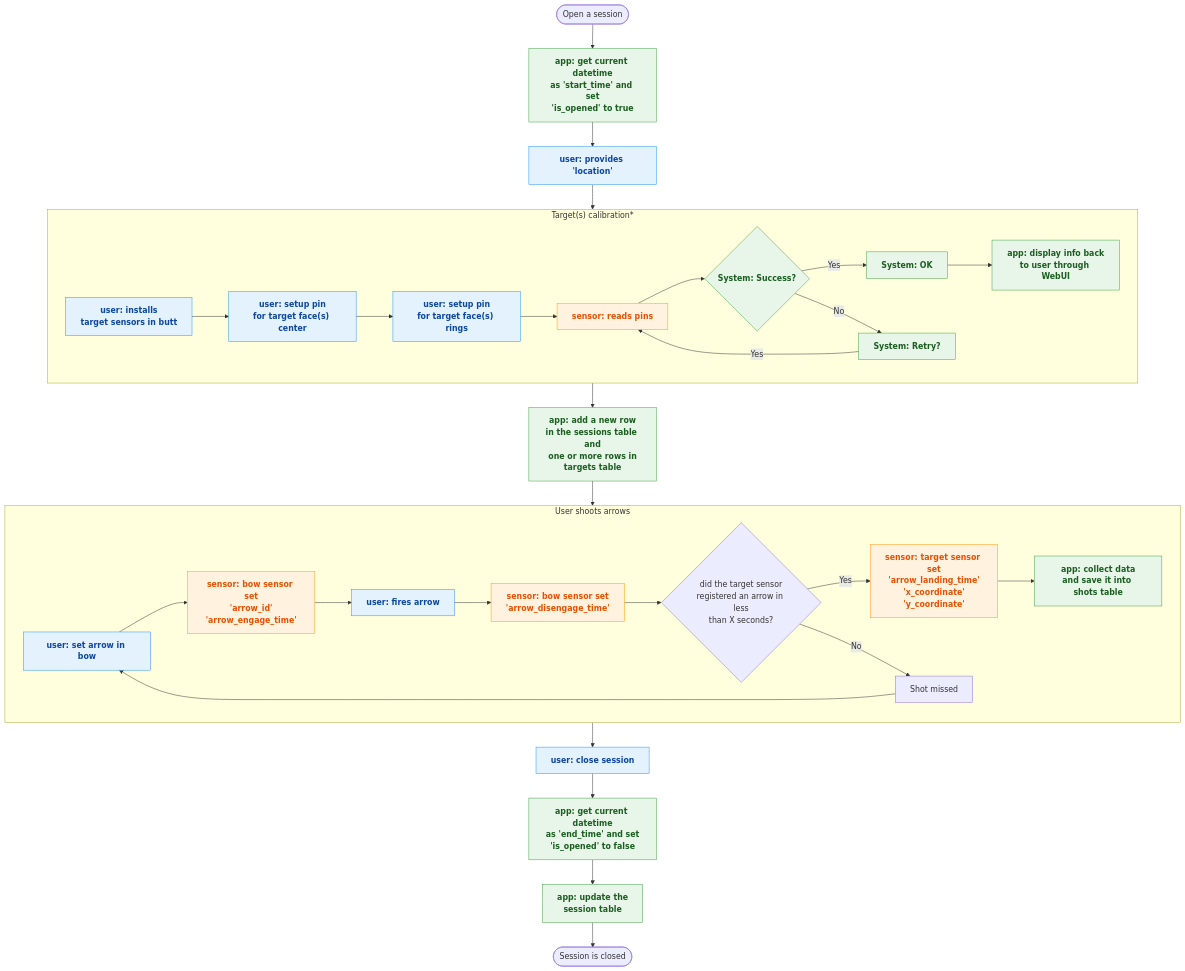
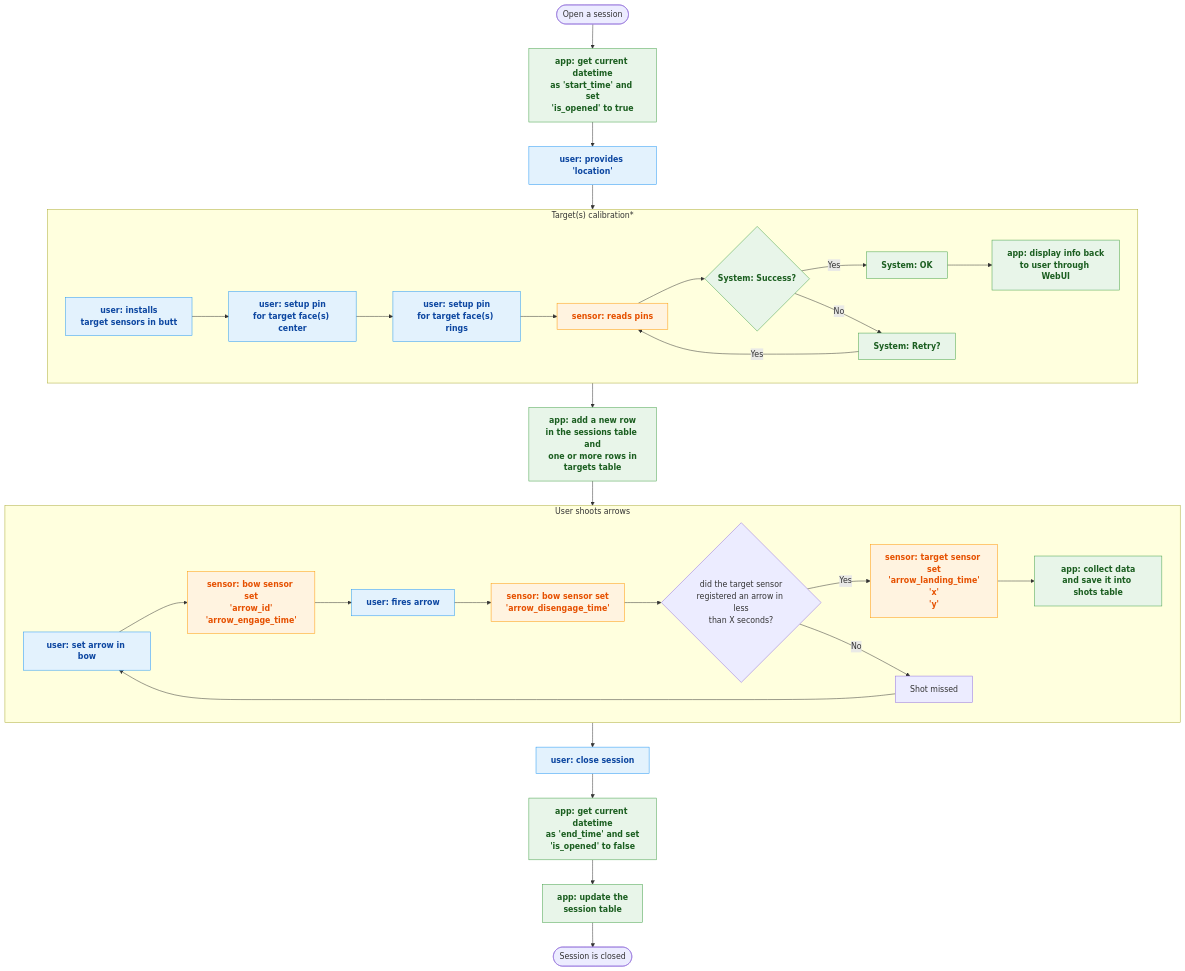
Before and after one commit to jpmolinamatute/arch-stats: the second of 2 diagrams in README.md, drawn with Mermaid. The commit also changed other lines of this file and 109 other files, not shown here.

````diff
--- a/README.md
+++ b/README.md
@@ -150,68 +150,68 @@
 ```mermaid
     flowchart TB
     classDef user fill:#e3f2fd,stroke:#2196f3,color:#0d47a1,font-weight:bold;
     classDef app fill:#e8f5e9,stroke:#43a047,color:#1b5e20,font-weight:bold;
     classDef sensor fill:#fff3e0,stroke:#ff9800,color:#e65100,font-weight:bold;
     classDef subgraphStyle fill:#f9f9f9,stroke:#cccccc,color:#444;
 
     START(["Open a session"])
     S1["app: get current datetime<br />as 'start_time' and set<br />'is_opened' to true"]:::app
     U1["user: provides 'location'"]:::user
 
     S2["app: add a new row<br />in the sessions table and<br />one or more rows in<br />targets table"]:::app
     U4["user: close session"]:::user
     S3["app: get current datetime<br />as 'end_time' and set<br />'is_opened' to false"]:::app
     S4["app: update the<br />session table"]:::app
     ENDS(["Session is closed"])
 
     subgraph TARGET_CALIBRATION["Target(s) calibration*"]
         class TARGET_CALIBRATION subgraphStyle;
         SU1["user: installs<br />target sensors in butt"]:::user
         SU2["user: setup pin<br />for target face(s) center"]:::user
         SU3["user: setup pin<br />for target face(s) rings"]:::user
         SS1["sensor: reads pins"]:::sensor
         SS2["app: display info back<br />to user through WebUI"]:::app
         VERIFY{"System: Success?"}:::app
         SUCCESS["System: OK"]:::app
         FAIL["System: Retry?"]:::app
 
         SU1 --> SU2
         SU2 --> SU3
         SU3 --> SS1
         SS1 --> VERIFY
         VERIFY -->|Yes| SUCCESS
         VERIFY -->|No| FAIL
         FAIL -->|Yes| SS1
         SUCCESS --> SS2
     end
     subgraph SHOOTING["User shoots arrows"]
         class SHOOTING subgraphStyle;
         SU4["user: set arrow in bow"]:::user
         HW1["sensor: bow sensor set<br />'arrow_id'<br />'arrow_engage_time'"]:::sensor
         SU5["user: fires arrow"]:::user
         HW2["sensor: bow sensor set<br />'arrow_disengage_time'"]:::sensor
         Q1{"did the target sensor<br />registered an arrow in less<br />than X seconds?"}
-        HW3["sensor: target sensor set<br />'arrow_landing_time'<br />'x_coordinate'<br />'y_coordinate'"]:::sensor
+        HW3["sensor: target sensor set<br />'arrow_landing_time'<br />'x'<br />'y'"]:::sensor
         SS3["app: collect data<br />and save it into shots table"]:::app
         MISS["Shot missed"]
 
         SU4 --> HW1
         HW1 --> SU5
         SU5 --> HW2
         HW2 --> Q1
         Q1 -->|Yes| HW3
         Q1 -->|No| MISS
         MISS --> SU4
         HW3 --> SS3
     end
 
     START --> S1
     S1 --> U1
     U1 --> TARGET_CALIBRATION
     TARGET_CALIBRATION --> S2
     S2 --> SHOOTING
     SHOOTING --> U4
     U4 --> S3
     S3 --> S4
     S4 --> ENDS
 ```
````
